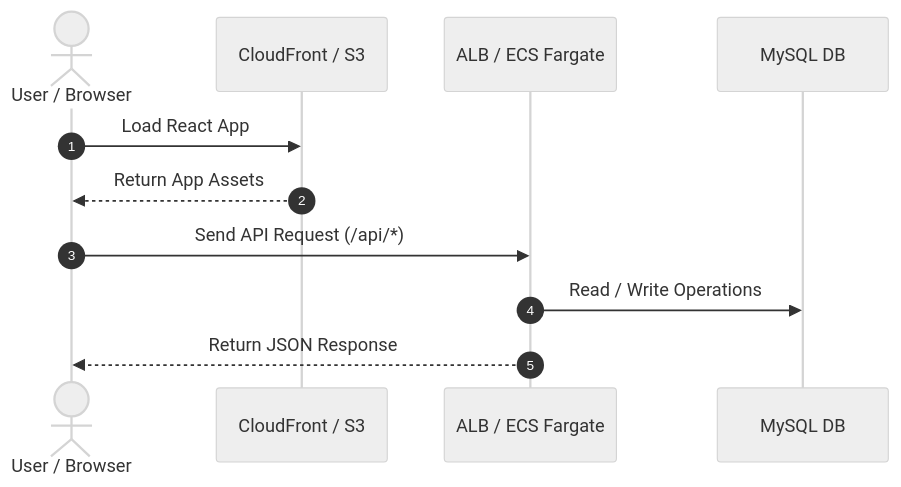
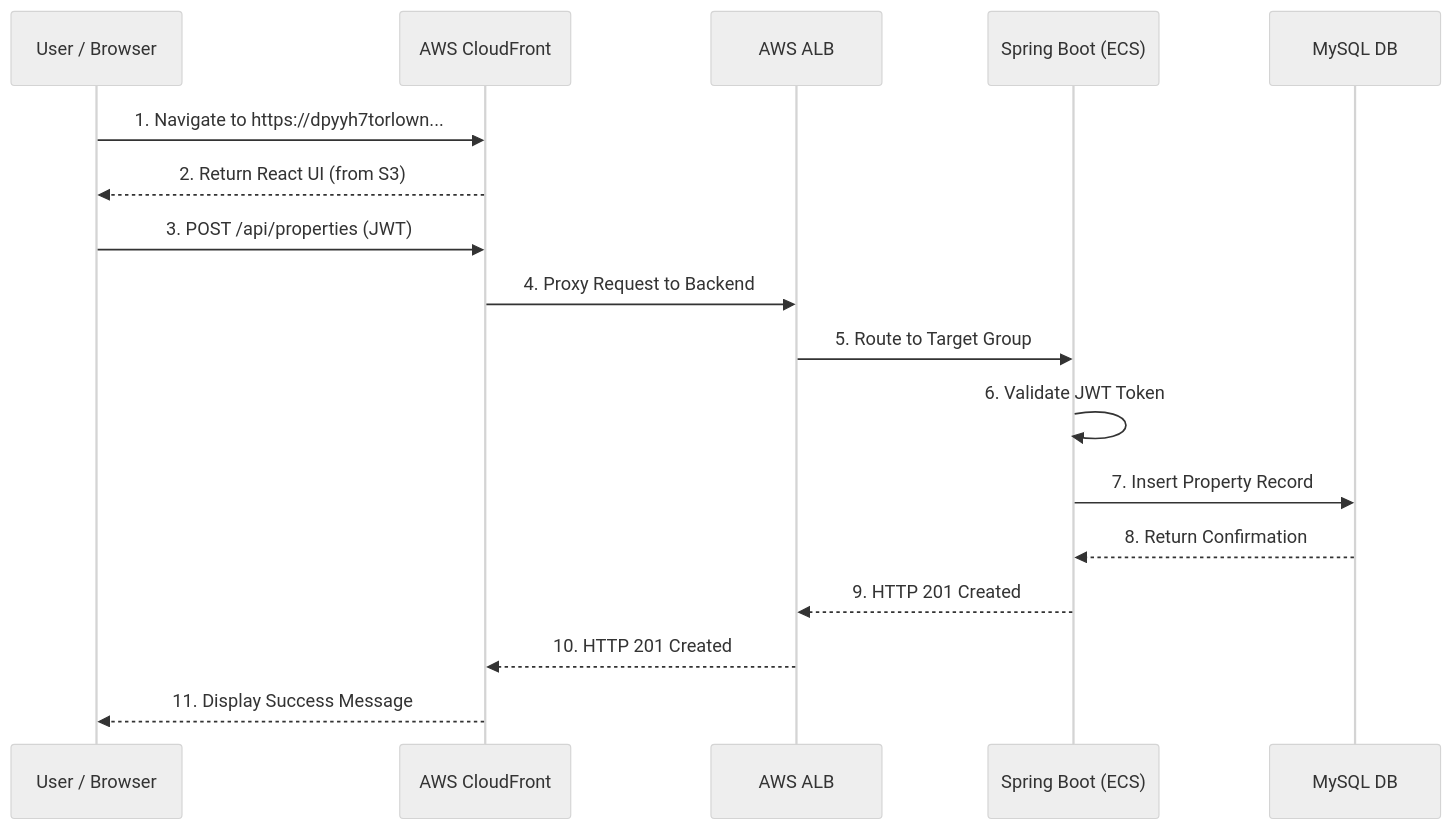
Before and after one commit to pirates27/frontend: the second of 3 diagrams in README.md, drawn with Mermaid (neutral theme). The commit also changed other lines of this file, not shown here.

````diff
--- a/README.md
+++ b/README.md
@@ -107,14 +127,23 @@
 ```mermaid
 sequenceDiagram
-    autonumber
-    actor User as User / Browser
-    participant CF as CloudFront / S3
-    participant API as ALB / ECS Fargate
+    participant User as User / Browser
+    participant CloudFront as AWS CloudFront
+    participant ALB as AWS ALB
+    participant Spring as Spring Boot (ECS)
     participant DB as MySQL DB
 
-    User->>CF: Load React App
-    CF-->>User: Return App Assets
-    User->>API: Send API Request (/api/*)
-    API->>DB: Read / Write Operations
-    API-->>User: Return JSON Response
+    User->>CloudFront: 1. Navigate to https://dpyyh7torlown...
+    CloudFront-->>User: 2. Return React UI (from S3)
+    
+    User->>CloudFront: 3. POST /api/properties (JWT)
+    CloudFront->>ALB: 4. Proxy Request to Backend
+    ALB->>Spring: 5. Route to Target Group
+    
+    Spring->>Spring: 6. Validate JWT Token
+    Spring->>DB: 7. Insert Property Record
+    DB-->>Spring: 8. Return Confirmation
+    
+    Spring-->>ALB: 9. HTTP 201 Created
+    ALB-->>CloudFront: 10. HTTP 201 Created
+    CloudFront-->>User: 11. Display Success Message
 ```
````
